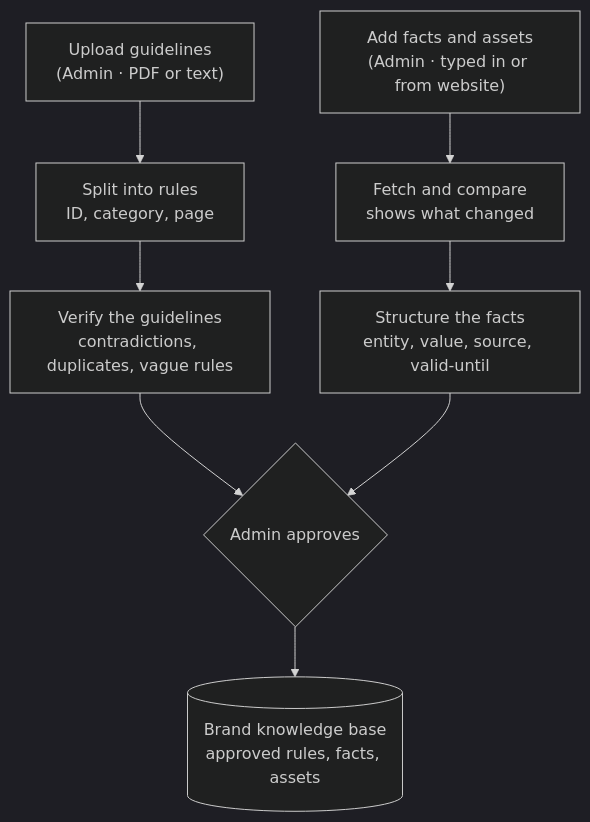
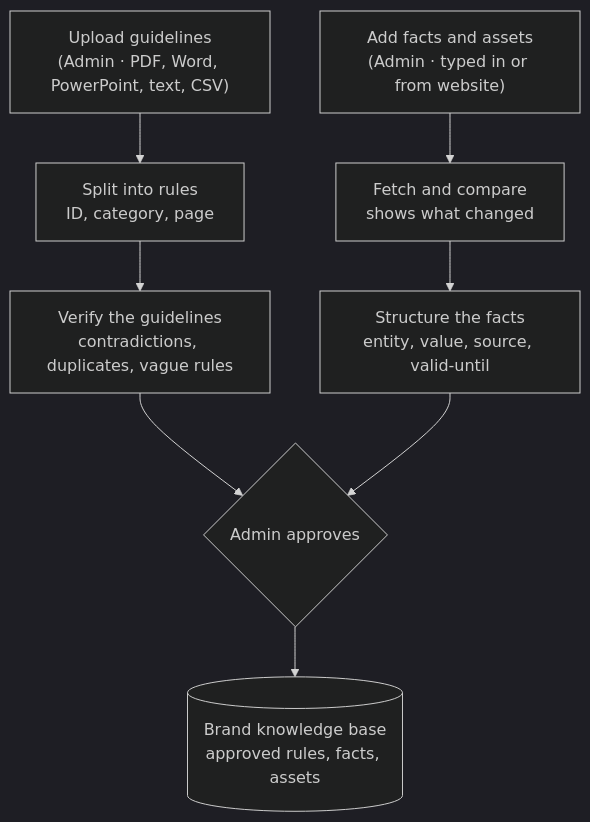
Before and after one commit to aayush-tech2055/heimdall: the first of 4 diagrams in README.md, drawn with Mermaid (dark theme). The commit also changed other lines of this file and 8 other files, not shown here.

First line of the commit message:
feat: guideline upload accepts PDF, Word, PowerPoint, text, Markdown and CSV

````diff
--- a/README.md
+++ b/README.md
@@ -84,10 +84,10 @@
 ```mermaid
 flowchart TD
-    A["Upload guidelines<br/>(Admin · PDF or text)"] --> B["Split into rules<br/>ID, category, page"]
+    A["Upload guidelines<br/>(Admin · PDF, Word, PowerPoint, text, CSV)"] --> B["Split into rules<br/>ID, category, page"]
     B --> C["Verify the guidelines<br/>contradictions, duplicates, vague rules"]
     D["Add facts and assets<br/>(Admin · typed in or from website)"] --> E["Fetch and compare<br/>shows what changed"]
     E --> F["Structure the facts<br/>entity, value, source, valid-until"]
     C --> G{"Admin approves"}
     F --> G
     G --> H[("Brand knowledge base<br/>approved rules, facts, assets")]
 ```
````
